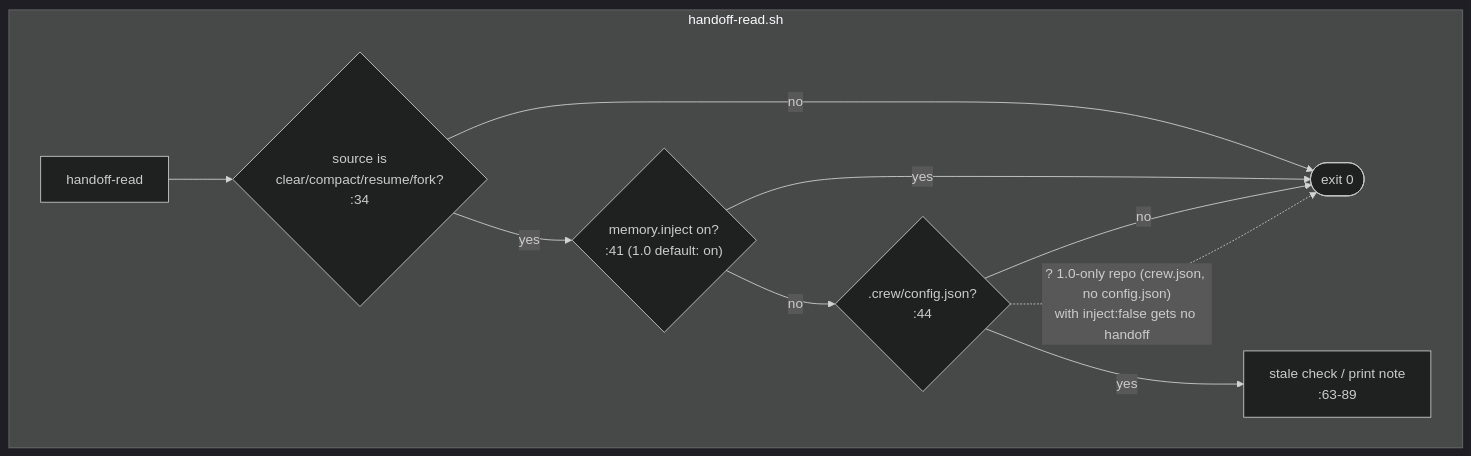
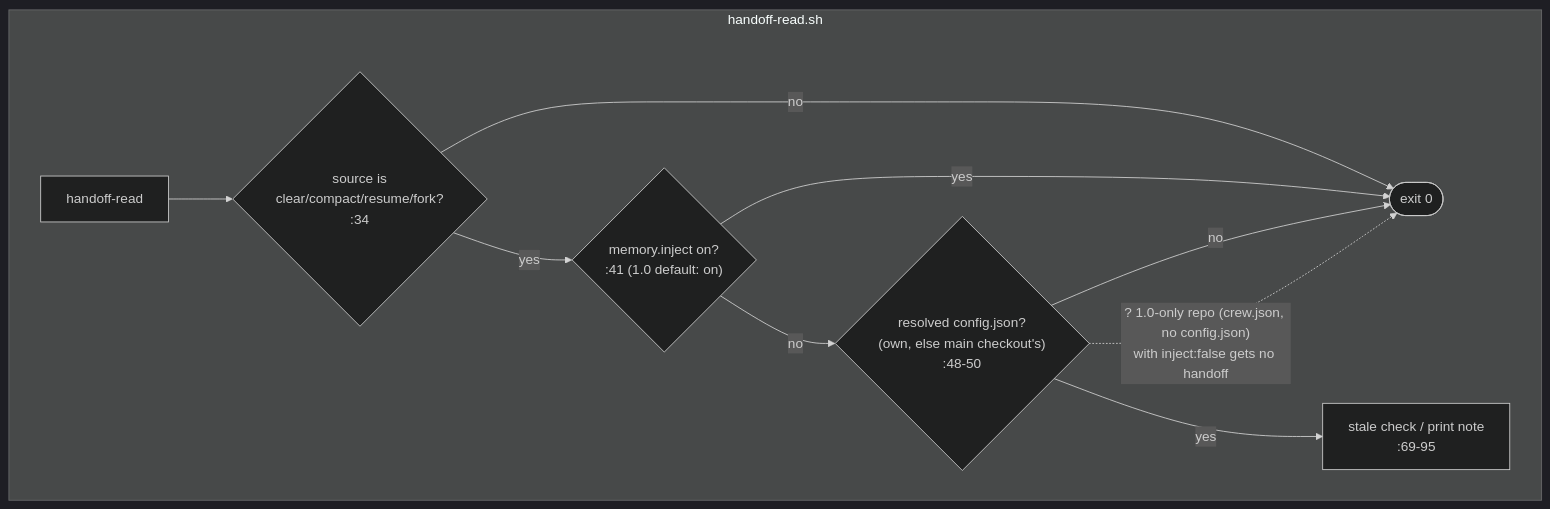
Before and after one commit to mbadali25/useful-claude-add-ons: diagram 22 of 36 in docs/diagrams/README.md, drawn with Mermaid (dark theme). The commit also changed other lines of this file and 22 other files, not shown here.

First line of the commit message:
L-0680: docs, verify rule, code map, diagrams, guide, graph; ticket folder removed (ships as code and CHANGELOG)

````diff
--- a/docs/diagrams/README.md
+++ b/docs/diagrams/README.md
@@ -910,15 +910,15 @@
 ```mermaid
 flowchart TB
     HR[handoff-read]
     subgraph handoffRead["handoff-read.sh"]
         HR --> hr1{"source is<br/>clear/compact/resume/fork?<br/>:34"}
         hr1 -- no --> hrx([exit 0])
         hr1 -- yes --> hr2{"memory.inject on?<br/>:41 (1.0 default: on)"}
         hr2 -- yes --> hrx
-        hr2 -- no --> hr3{".crew/config.json?<br/>:44"}
+        hr2 -- no --> hr3{"resolved config.json?<br/>(own, else main checkout's)<br/>:48-50"}
         hr3 -- no --> hrx
-        hr3 -- yes --> hr4[stale check / print note<br/>:63-89]
+        hr3 -- yes --> hr4[stale check / print note<br/>:69-95]
     end
 
     hr3 -. "? 1.0-only repo (crew.json, no config.json)<br/>with inject:false gets no handoff" .-> hrx
 ```
````
